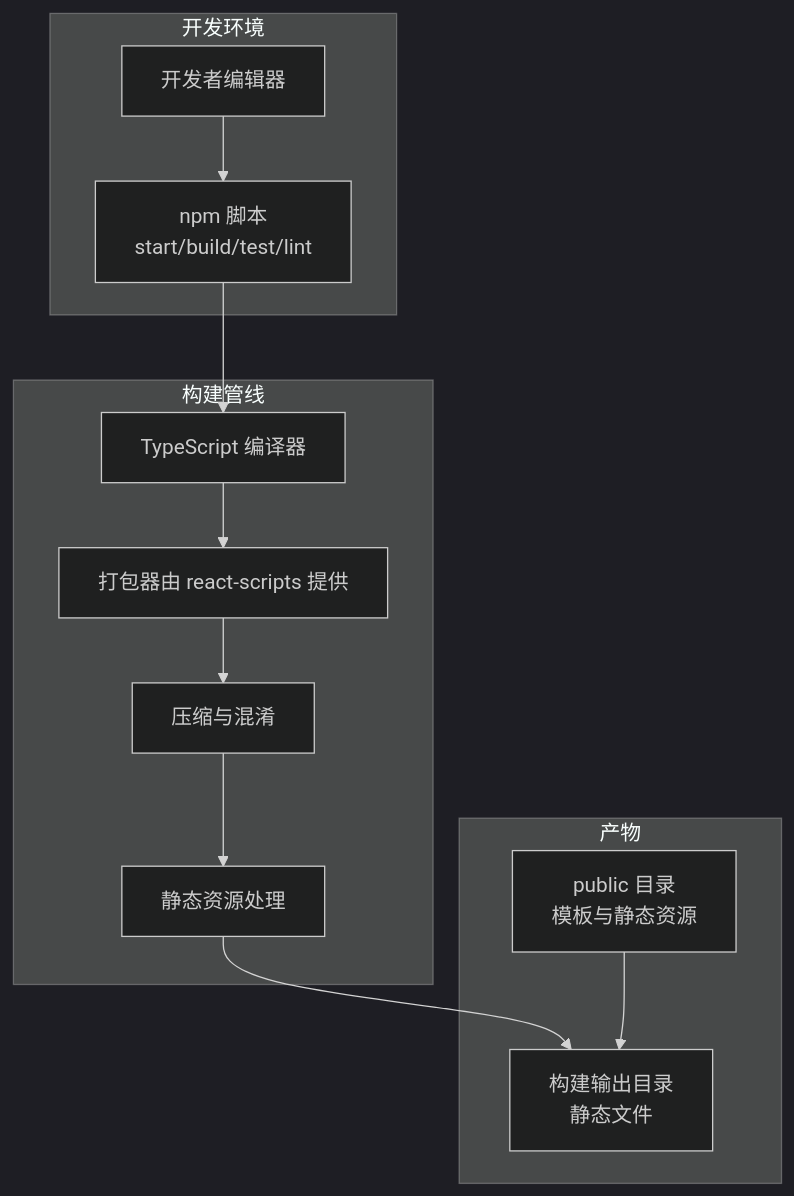
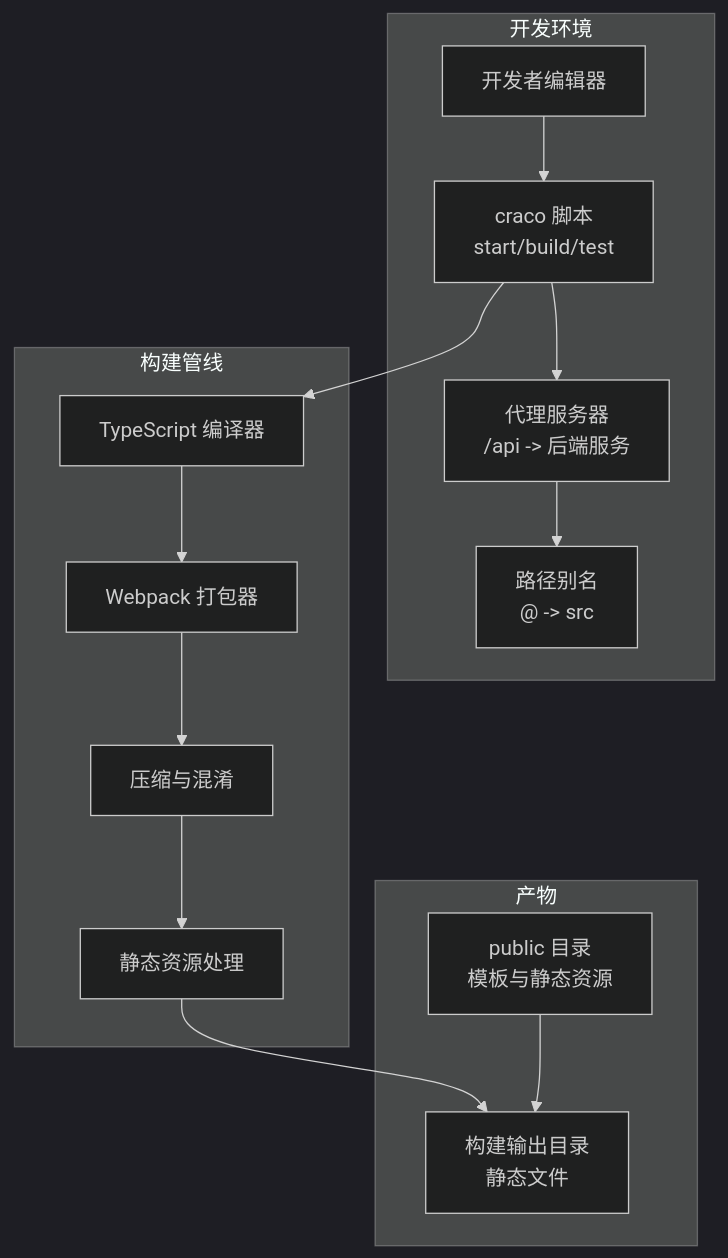
The second of 4 diagrams in .qoder/repowiki/zh/content/构建与部署.md (kkxxll/reactNext), drawn with Mermaid (dark theme) before and after one commit. The commit also changed other lines of this file and 12 other files, not shown here.

````diff
--- a/.qoder/repowiki/zh/content/构建与部署.md
+++ b/.qoder/repowiki/zh/content/构建与部署.md
@@ -95,20 +124,22 @@
 ```mermaid
 graph TB
 subgraph "开发环境"
 Dev["开发者编辑器"]
-NPM["npm 脚本<br/>start/build/test/lint"]
+Craco["craco 脚本<br/>start/build/test"]
+Proxy["代理服务器<br/>/api -> 后端服务"]
+Alias["路径别名<br/>@ -> src"]
 end
 subgraph "构建管线"
 TS["TypeScript 编译器"]
-Bundler["打包器由 react-scripts 提供"]
+Bundler["Webpack 打包器"]
 Minify["压缩与混淆"]
 Assets["静态资源处理"]
 end
 subgraph "产物"
 Out["构建输出目录<br/>静态文件"]
 Public["public 目录<br/>模板与静态资源"]
 end
-Dev --> NPM
-NPM --> TS --> Bundler --> Minify --> Assets --> Out
+Dev --> Craco --> Proxy --> Alias
+Craco --> TS --> Bundler --> Minify --> Assets --> Out
 Public --> Out
 ```
````
